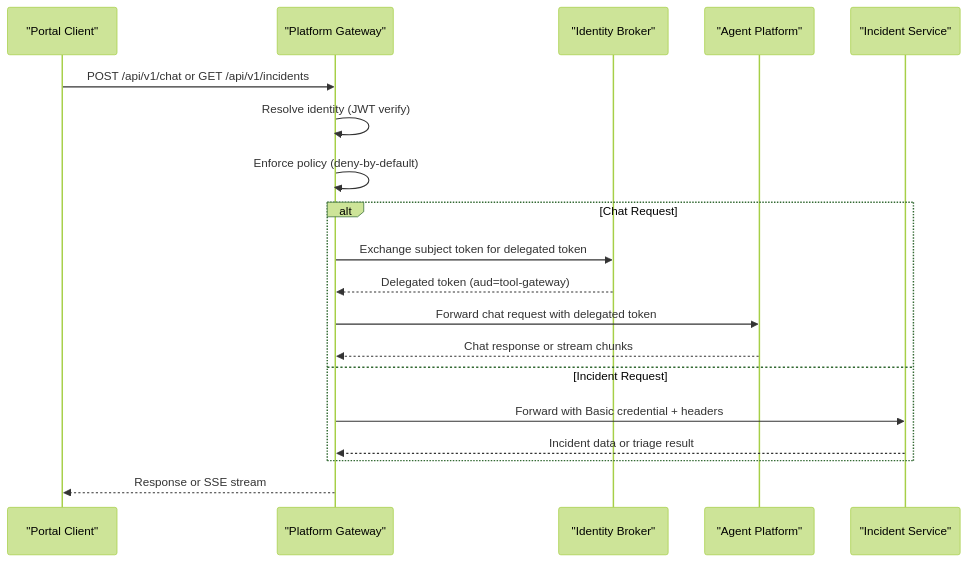
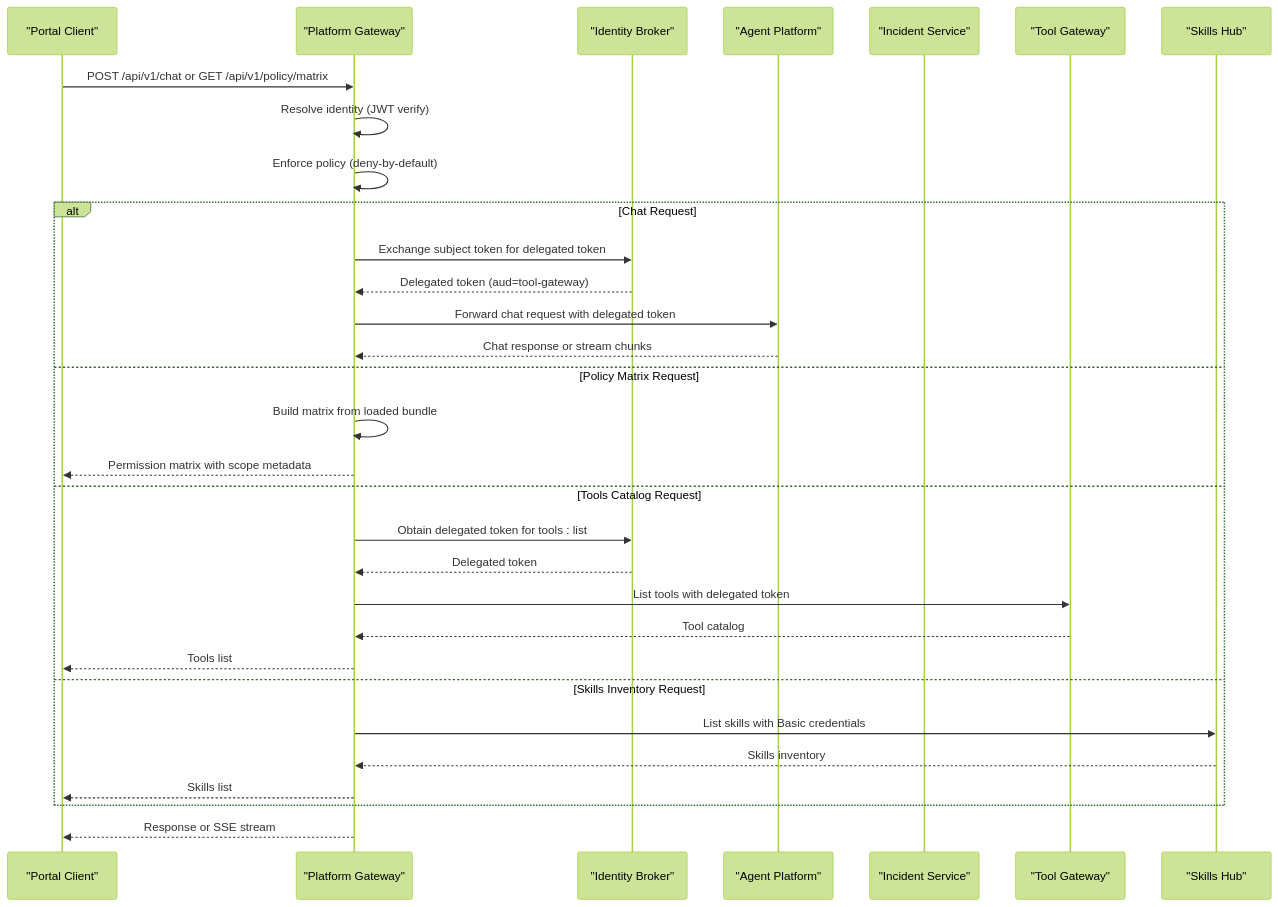
One commit to metasync/luban-aiops changed the second of 14 diagrams in .qoder/repowiki/en/content/Architecture Documentation/Platform Gateway Service.md. Above: the diagram before and after it, drawn with Mermaid (forest theme). The commit also changed other lines of this file and 26 other files, not shown here.

````diff
--- a/.qoder/repowiki/en/content/Architecture Documentation/Platform Gateway Service.md
+++ b/.qoder/repowiki/en/content/Architecture Documentation/Platform Gateway Service.md
@@ -169,21 +213,33 @@
 ```mermaid
 sequenceDiagram
 participant Portal as "Portal Client"
 participant GW as "Platform Gateway"
 participant ID as "Identity Broker"
 participant AG as "Agent Platform"
 participant IS as "Incident Service"
-Portal->>GW : POST /api/v1/chat or GET /api/v1/incidents
+participant TG as "Tool Gateway"
+participant SH as "Skills Hub"
+Portal->>GW : POST /api/v1/chat or GET /api/v1/policy/matrix
 GW->>GW : Resolve identity (JWT verify)
 GW->>GW : Enforce policy (deny-by-default)
 alt Chat Request
 GW->>ID : Exchange subject token for delegated token
 ID-->>GW : Delegated token (aud=tool-gateway)
 GW->>AG : Forward chat request with delegated token
 AG-->>GW : Chat response or stream chunks
-else Incident Request
-GW->>IS : Forward with Basic credential + headers
-IS-->>GW : Incident data or triage result
+else Policy Matrix Request
+GW->>GW : Build matrix from loaded bundle
+GW-->>Portal : Permission matrix with scope metadata
+else Tools Catalog Request
+GW->>ID : Obtain delegated token for tools : list
+ID-->>GW : Delegated token
+GW->>TG : List tools with delegated token
+TG-->>GW : Tool catalog
+GW-->>Portal : Tools list
+else Skills Inventory Request
+GW->>SH : List skills with Basic credentials
+SH-->>GW : Skills inventory
+GW-->>Portal : Skills list
 end
 GW-->>Portal : Response or SSE stream
 ```
````
